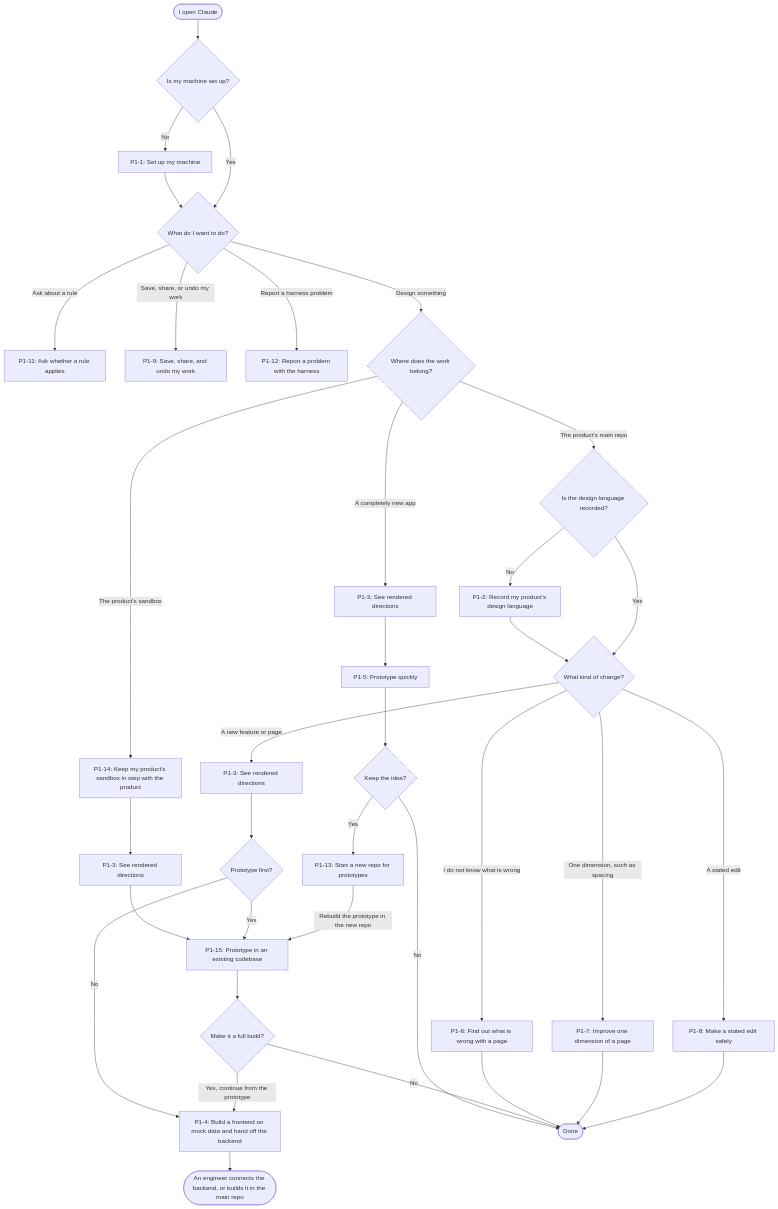
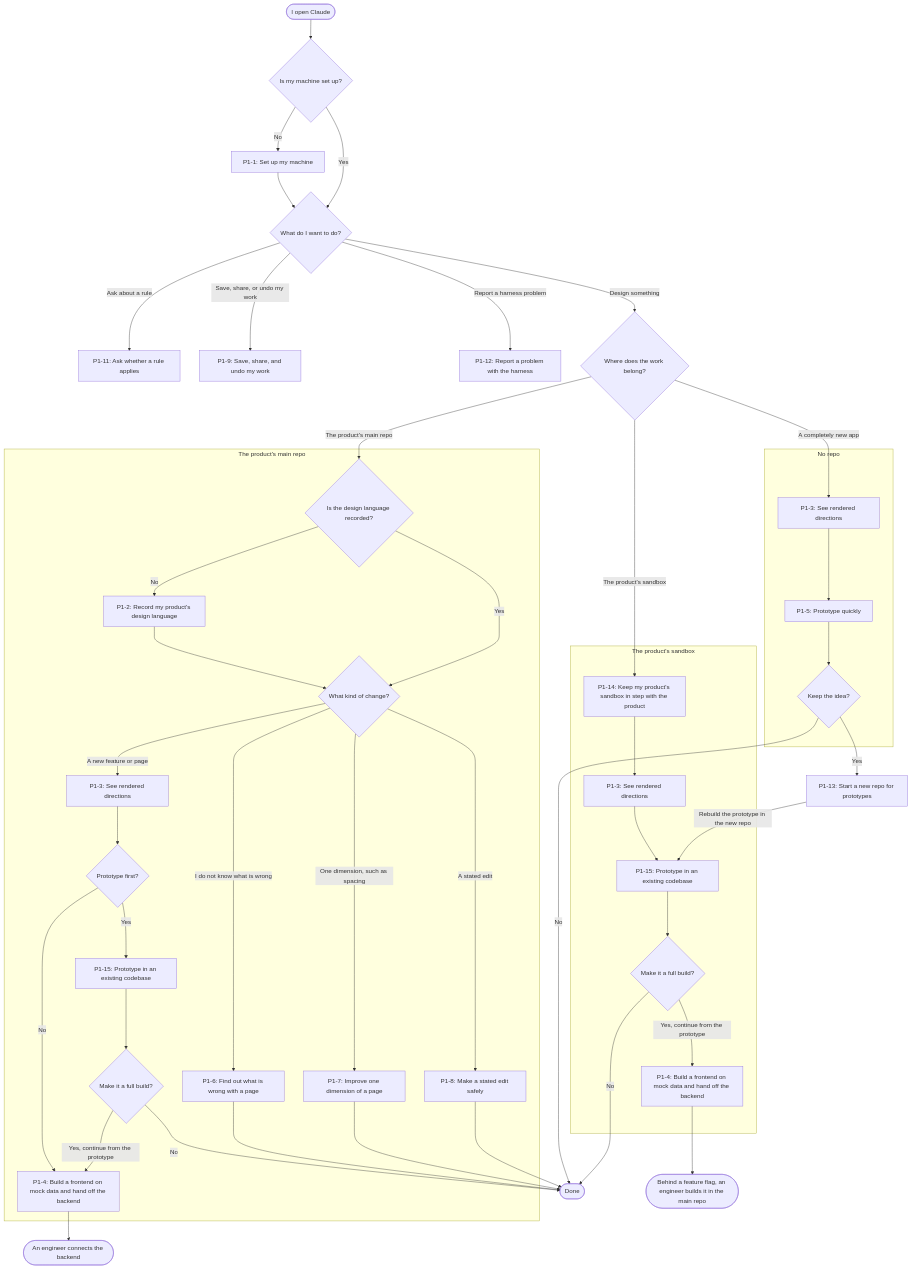
Before and after one commit to transformteamsg/dx-harness: the diagram in docs/specs/2026-10-05-design-revamp/stories/p1-designer.md, drawn with Mermaid.

Commit message:
docs(`specs`): keep each codebase's path inside its own box in the P1 journey map
P1-15 and P1-4 were single nodes, so a path from the product's sandbox read
as if it continued in the main repo. Each codebase now has its own box and
its own P1-15 and P1-4, and a sandbox build ends in a hand-off behind a
feature flag.

````diff
--- a/docs/specs/2026-10-05-design-revamp/stories/p1-designer.md
+++ b/docs/specs/2026-10-05-design-revamp/stories/p1-designer.md
@@ -48,39 +48,51 @@
 ```mermaid
 flowchart TD
     start([I open Claude]) --> setup{Is my machine set up?}
     setup -- No --> P1_1["P1-1: Set up my machine"] --> want
     setup -- Yes --> want{What do I want to do?}
 
     want -- Ask about a rule --> P1_11["P1-11: Ask whether a rule applies"]
     want -- "Save, share, or undo my work" --> P1_9["P1-9: Save, share, and undo my work"]
     want -- Report a harness problem --> P1_12["P1-12: Report a problem with the harness"]
     want -- Design something --> repo{Where does the work belong?}
 
-    repo -- A completely new app --> dirA["P1-3: See rendered directions"] --> P1_5["P1-5: Prototype quickly"]
-    repo -- "The product's sandbox" --> P1_14["P1-14: Keep my product's sandbox in step with the product"]
-    repo -- The product's main repo --> lang{Is the design language recorded?}
+    repo -- A completely new app --> dirA
+    repo -- "The product's sandbox" --> P1_14
+    repo -- "The product's main repo" --> lang
 
-    P1_14 --> dirB["P1-3: See rendered directions"] --> P1_15
+    subgraph newapp["No repo"]
+        dirA["P1-3: See rendered directions"] --> P1_5["P1-5: Prototype quickly"]
+        P1_5 --> keep5{Keep the idea?}
+    end
+    keep5 -- Yes --> P1_13["P1-13: Start a new repo for prototypes"]
+    keep5 -- No --> done([Done])
 
-    lang -- No --> P1_2["P1-2: Record my product's design language"] --> change
-    lang -- Yes --> change{What kind of change?}
-    change -- A stated edit --> P1_8["P1-8: Make a stated edit safely"]
-    change -- I do not know what is wrong --> P1_6["P1-6: Find out what is wrong with a page"]
-    change -- "One dimension, such as spacing" --> P1_7["P1-7: Improve one dimension of a page"]
-    change -- A new feature or page --> dirC["P1-3: See rendered directions"] --> proto{Prototype first?}
-    proto -- Yes --> P1_15["P1-15: Prototype in an existing codebase"]
-    proto -- No --> P1_4["P1-4: Build a frontend on mock data and hand off the backend"]
+    subgraph sandbox["The product's sandbox"]
+        P1_14["P1-14: Keep my product's sandbox in step with the product"] --> dirB["P1-3: See rendered directions"]
+        dirB --> P1_15s["P1-15: Prototype in an existing codebase"]
+        P1_15s --> full15s{Make it a full build?}
+        full15s -- "Yes, continue from the prototype" --> P1_4s["P1-4: Build a frontend on mock data and hand off the backend"]
+    end
+    P1_13 -- "Rebuild the prototype in the new repo" --> P1_15s
+    P1_4s --> handoffS(["Behind a feature flag, an engineer builds it in the main repo"])
+    full15s -- No --> done
 
-    P1_5 --> keep5{Keep the idea?}
-    keep5 -- Yes --> P1_13["P1-13: Start a new repo for prototypes"]
-    P1_13 -- "Rebuild the prototype in the new repo" --> P1_15
-    P1_15 --> full15{Make it a full build?}
-    full15 -- "Yes, continue from the prototype" --> P1_4
-
-    P1_4 --> handoff(["An engineer connects the backend, or builds it in the main repo"])
-    keep5 -- No --> done([Done])
-    full15 -- No --> done
+    subgraph mainrepo["The product's main repo"]
+        lang{Is the design language recorded?}
+        lang -- No --> P1_2["P1-2: Record my product's design language"] --> change
+        lang -- Yes --> change{What kind of change?}
+        change -- A stated edit --> P1_8["P1-8: Make a stated edit safely"]
+        change -- I do not know what is wrong --> P1_6["P1-6: Find out what is wrong with a page"]
+        change -- "One dimension, such as spacing" --> P1_7["P1-7: Improve one dimension of a page"]
+        change -- A new feature or page --> dirC["P1-3: See rendered directions"] --> proto{Prototype first?}
+        proto -- Yes --> P1_15m["P1-15: Prototype in an existing codebase"]
+        proto -- No --> P1_4m["P1-4: Build a frontend on mock data and hand off the backend"]
+        P1_15m --> full15m{Make it a full build?}
+        full15m -- "Yes, continue from the prototype" --> P1_4m
+    end
+    P1_4m --> handoffM(["An engineer connects the backend"])
+    full15m -- No --> done
     P1_6 --> done
     P1_7 --> done
     P1_8 --> done
 ```
````
